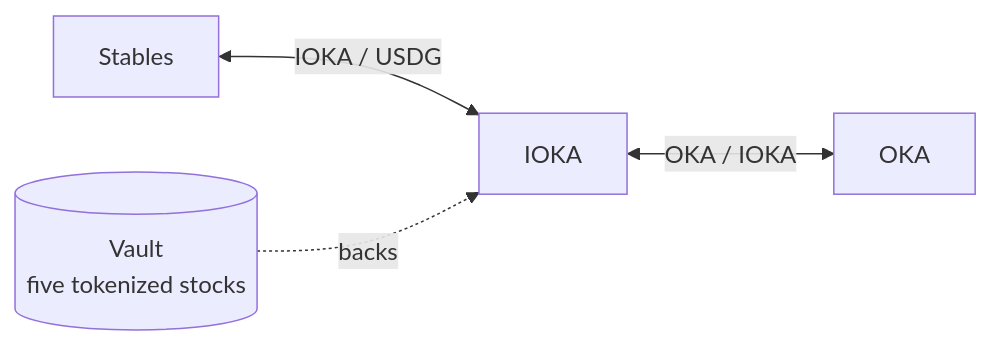
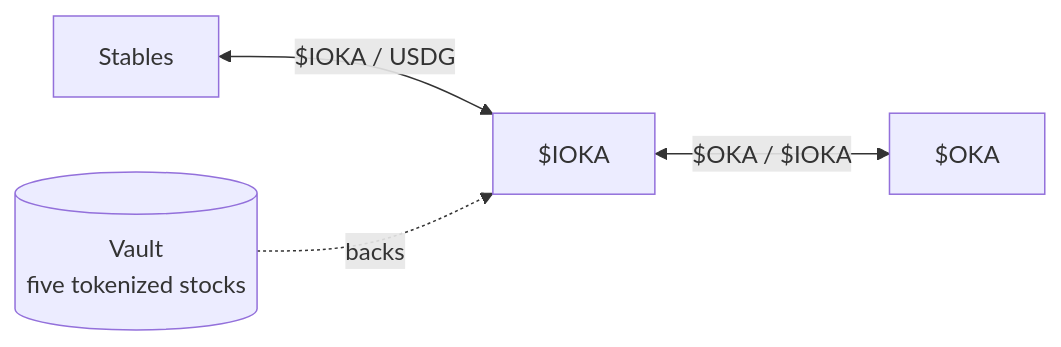
The first of 3 diagrams in concepts/tokens.mdx (8digitsLabs/docs), drawn with Mermaid before and after one commit. The commit also changed other lines of this file, not shown here.

````diff
--- a/concepts/tokens.mdx
+++ b/concepts/tokens.mdx
@@ -49,6 +49,6 @@
 ```mermaid
 flowchart LR
-  USDG[Stables] <-->|"IOKA / USDG"| IOKA[IOKA]
-  IOKA <-->|"OKA / IOKA"| OKA[OKA]
+  USDG[Stables] <-->|"$IOKA / USDG"| IOKA["$IOKA"]
+  IOKA <-->|"$OKA / $IOKA"| OKA["$OKA"]
   VAULT[("Vault<br/>five tokenized stocks")] -.->|"backs"| IOKA
 ```
````
